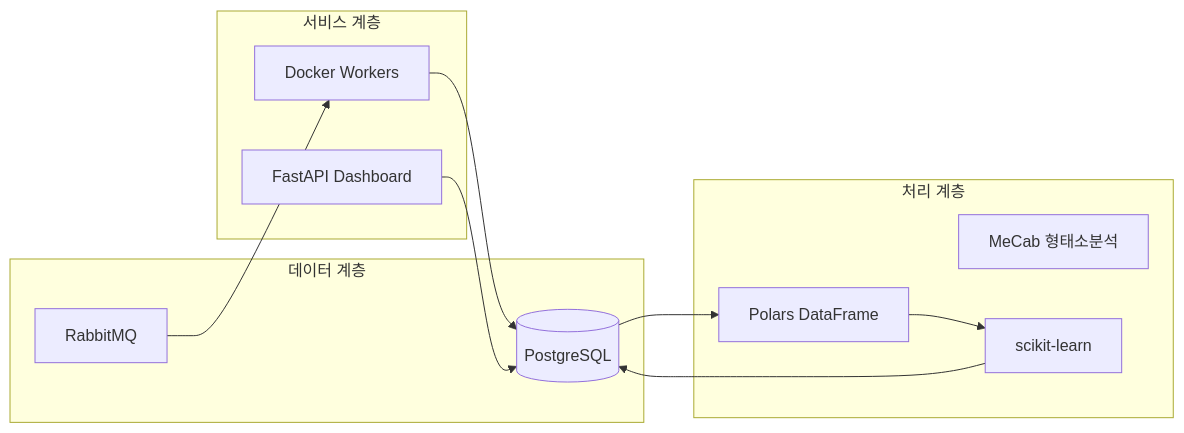
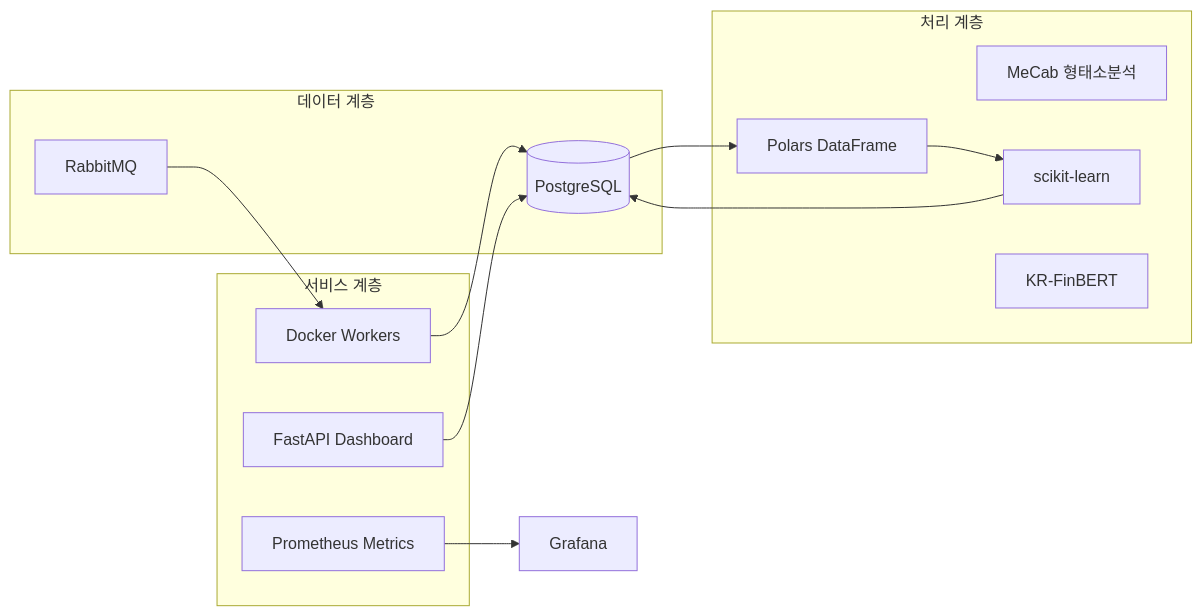
The first of 4 diagrams in README.md (silverwoods-dev/N-SentiTrader), drawn with Mermaid before and after one commit. The commit also changed other lines of this file, not shown here.

````diff
--- a/README.md
+++ b/README.md
@@ -43,25 +78,28 @@
 ```mermaid
 graph LR
     subgraph "데이터 계층"
         PostgreSQL[(PostgreSQL)]
         RabbitMQ[RabbitMQ]
     end
     
     subgraph "처리 계층"
         MeCab[MeCab 형태소분석]
         Polars[Polars DataFrame]
         Sklearn[scikit-learn]
+        BERT[KR-FinBERT]
     end
     
     subgraph "서비스 계층"
         FastAPI[FastAPI Dashboard]
         Workers[Docker Workers]
+        Prometheus[Prometheus Metrics]
     end
     
     PostgreSQL --> Polars
     Polars --> Sklearn
     Sklearn --> PostgreSQL
     RabbitMQ --> Workers
     Workers --> PostgreSQL
     FastAPI --> PostgreSQL
+    Prometheus --> Grafana
 ```
````
